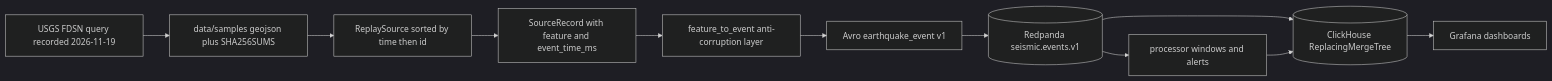
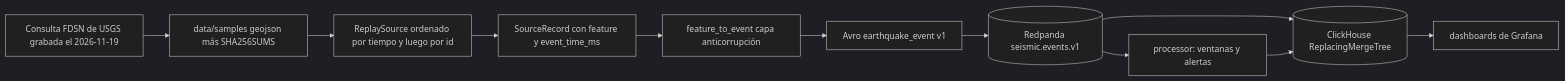
One commit to Eduardo12Pacheco/sismos-en-tiempo-real changed the diagram in docs/DATA.md. Above: the diagram before and after it, drawn with Mermaid (dark theme). The commit also changed other lines of this file, not shown here.

First line of the commit message:
docs(data): translate the data lineage document to Spanish

````diff
--- a/docs/DATA.md
+++ b/docs/DATA.md
@@ -64,13 +48,13 @@
 ```mermaid
 flowchart LR
-  Q[USGS FDSN query recorded 2026-11-19] --> F[data/samples geojson plus SHA256SUMS]
-  F --> R[ReplaySource sorted by time then id]
-  R --> S[SourceRecord with feature and event_time_ms]
-  S --> N[feature_to_event anti-corruption layer]
+  Q[Consulta FDSN de USGS grabada el 2026-11-19] --> F[data/samples geojson más SHA256SUMS]
+  F --> R[ReplaySource ordenado por tiempo y luego por id]
+  R --> S[SourceRecord con feature y event_time_ms]
+  S --> N[feature_to_event capa anticorrupción]
   N --> A[Avro earthquake_event v1]
   A --> K[(Redpanda seismic.events.v1)]
-  K --> P[processor windows and alerts]
+  K --> P[processor: ventanas y alertas]
   K --> C[(ClickHouse ReplacingMergeTree)]
   P --> C
-  C --> G[Grafana dashboards]
+  C --> G[dashboards de Grafana]
 ```
````
